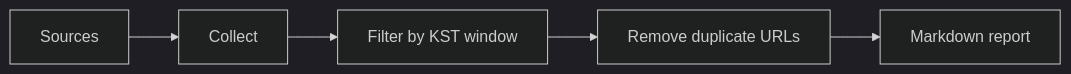
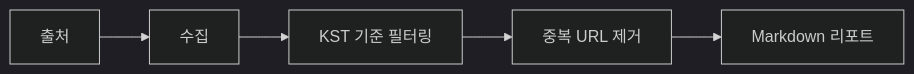
One commit to SujinHuh/ai-trend-agent changed the second of 2 diagrams in README.md. Above: the diagram before and after it, drawn with Mermaid (dark theme). The commit also changed other lines of this file and 1 other file, not shown here.

````diff
--- a/README.md
+++ b/README.md
@@ -85,7 +83,7 @@
 ```mermaid
 flowchart LR
-  A[Sources] --> B[Collect]
-  B --> C[Filter by KST window]
-  C --> D[Remove duplicate URLs]
-  D --> E[Markdown report]
+  A[출처] --> B[수집]
+  B --> C[KST 기준 필터링]
+  C --> D[중복 URL 제거]
+  D --> E[Markdown 리포트]
 ```
````
